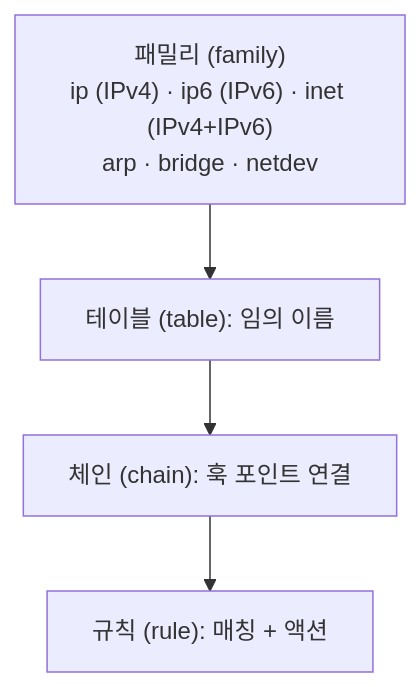
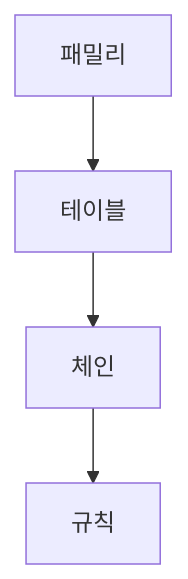
The third of 6 diagrams in content/linux/network-basics/firewall.md (moonblueblue/devops-wiki), drawn with Mermaid before and after one commit. The commit also changed other lines of this file and 37 other files, not shown here.

First line of the commit message:
style: linux 카테고리 ASCII 도표·Mermaid 라벨 형식 교정

````diff
--- a/content/linux/network-basics/firewall.md
+++ b/content/linux/network-basics/firewall.md
@@ -258,7 +267,7 @@
 ```mermaid
 graph TD
-    FAM["패밀리 (family)<br/>ip (IPv4) · ip6 (IPv6) · inet (IPv4+IPv6)<br/>arp · bridge · netdev"]
-    --> TBL["테이블 (table): 임의 이름"]
-    --> CHN["체인 (chain): 훅 포인트 연결"]
-    --> RULE["규칙 (rule): 매칭 + 액션"]
+    FAM["패밀리"]
+    --> TBL["테이블"]
+    --> CHN["체인"]
+    --> RULE["규칙"]
 ```
````
